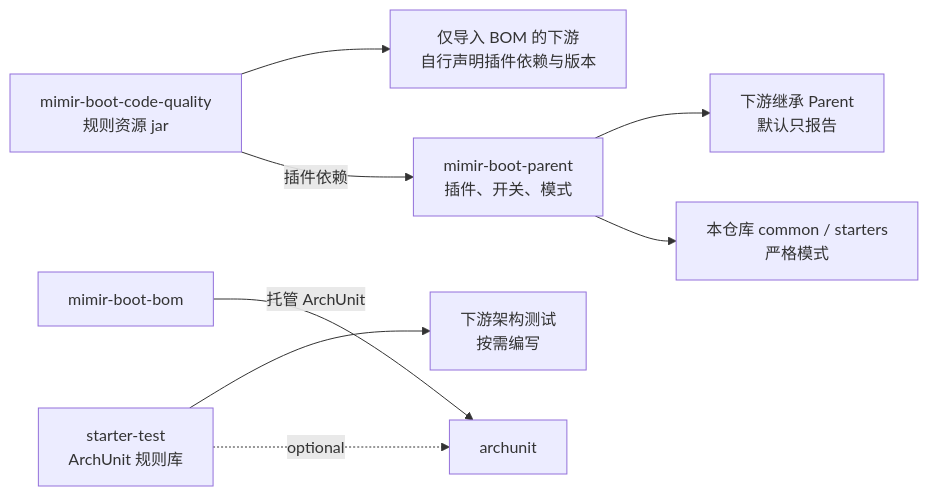
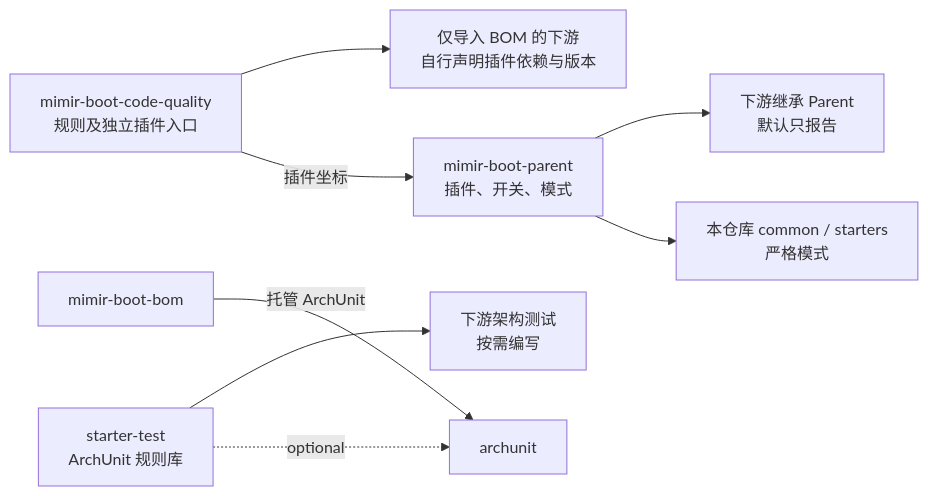
Before and after one commit to Yggdrasil-Labs/mimir-boot: the diagram in docs/design-docs/arch-code-quality-toolchain.md, drawn with Mermaid. The commit also changed other lines of this file and 14 other files, not shown here.

````diff
--- a/docs/design-docs/arch-code-quality-toolchain.md
+++ b/docs/design-docs/arch-code-quality-toolchain.md
@@ -24,10 +24,10 @@
 ```mermaid
 flowchart LR
-    CQ[mimir-boot-code-quality<br/>规则资源 jar] -->|插件依赖| P[mimir-boot-parent<br/>插件、开关、模式]
+    CQ[mimir-boot-code-quality<br/>规则及独立插件入口] -->|插件坐标| P[mimir-boot-parent<br/>插件、开关、模式]
     BOM[mimir-boot-bom] -->|托管 ArchUnit| AU[archunit]
     T[starter-test<br/>ArchUnit 规则库] -.optional.-> AU
     P --> R[本仓库 common / starters<br/>严格模式]
     P --> D[下游继承 Parent<br/>默认只报告]
     CQ --> I[仅导入 BOM 的下游<br/>自行声明插件依赖与版本]
     T --> DT[下游架构测试<br/>按需编写]
 ```
````
